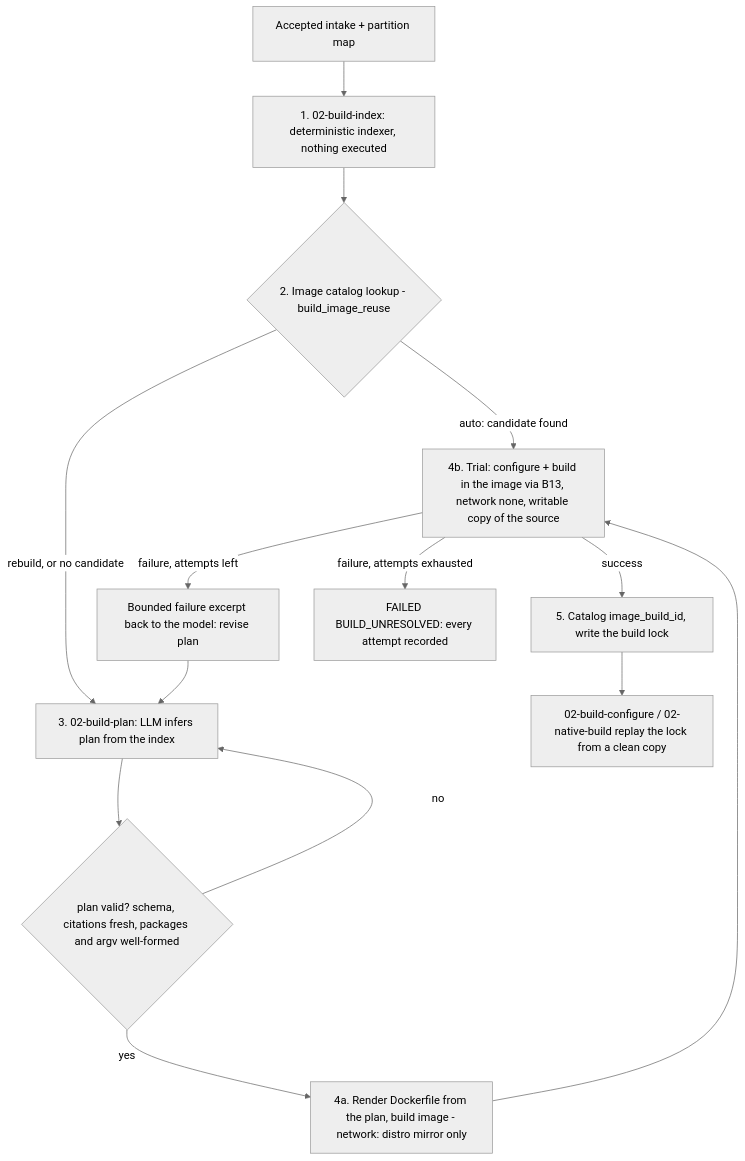
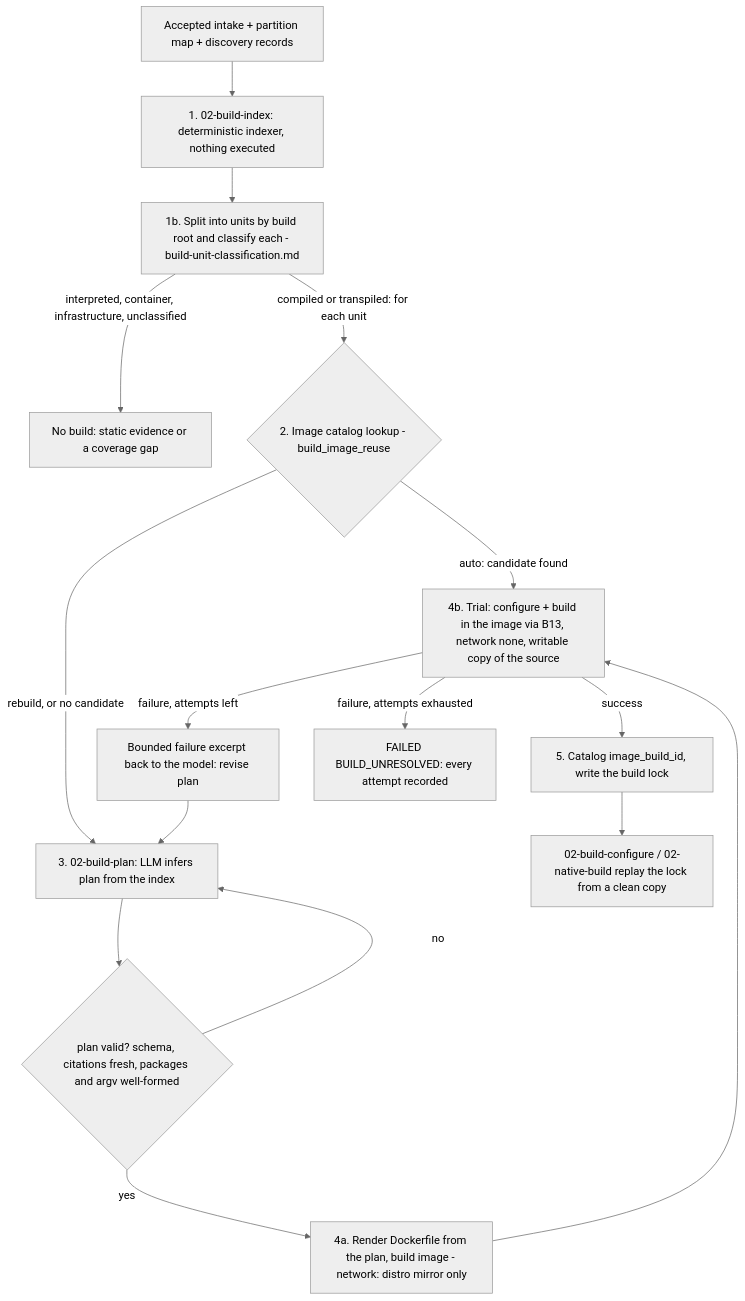
One commit to wsollers/appsec-review changed the diagram in docs/processes/build-resolution.md. Above: the diagram before and after it, drawn with Mermaid (neutral theme). The commit also changed other lines of this file and 23 other files, not shown here.

````diff
--- a/docs/processes/build-resolution.md
+++ b/docs/processes/build-resolution.md
@@ -24,16 +27,18 @@
 ```mermaid
 flowchart TD
-  I[Accepted intake + partition map] --> X[1. 02-build-index: deterministic indexer, nothing executed]
-  X --> R{2. Image catalog lookup - build_image_reuse}
+  I[Accepted intake + partition map + discovery records] --> X[1. 02-build-index: deterministic indexer, nothing executed]
+  X --> K[1b. Split into units by build root and classify each - build-unit-classification.md]
+  K -- interpreted, container, infrastructure, unclassified --> ST[No build: static evidence or a coverage gap]
+  K -- compiled or transpiled: for each unit --> R{2. Image catalog lookup - build_image_reuse}
   R -- auto: candidate found --> T
   R -- rebuild, or no candidate --> P[3. 02-build-plan: LLM infers plan from the index]
   P --> V{plan valid? schema, citations fresh, packages and argv well-formed}
   V -- no --> P
   V -- yes --> B[4a. Render Dockerfile from the plan, build image - network: distro mirror only]
   B --> T[4b. Trial: configure + build in the image via B13, network none, writable copy of the source]
   T -- success --> C[5. Catalog image_build_id, write the build lock]
   T -- failure, attempts left --> F[Bounded failure excerpt back to the model: revise plan]
   F --> P
   T -- failure, attempts exhausted --> FAIL[FAILED BUILD_UNRESOLVED: every attempt recorded]
   C --> E[02-build-configure / 02-native-build replay the lock from a clean copy]
 ```
````
